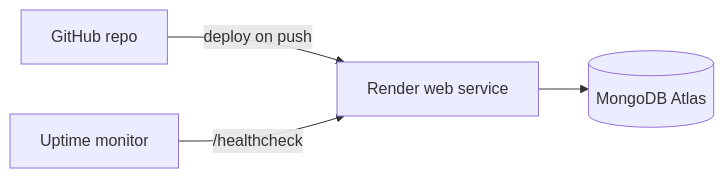
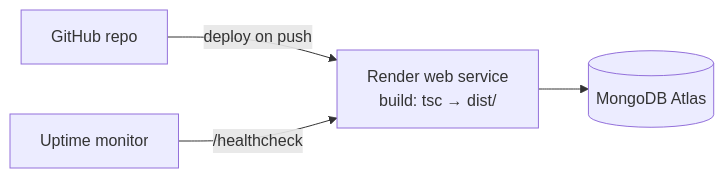
Before and after one commit to OmarKh006/bookStore: the fourth of 4 diagrams in README.md, drawn with Mermaid. The commit also changed other lines of this file and 88 other files, not shown here.

````diff
--- a/README.md
+++ b/README.md
@@ -696,6 +749,6 @@
 ```mermaid
 flowchart LR
-  G[GitHub repo] -->|deploy on push| R[Render web service]
+  G[GitHub repo] -->|deploy on push| R["Render web service<br/>build: tsc → dist/"]
   R --> A[(MongoDB Atlas)]
   U[Uptime monitor] -->|/healthcheck| R
 ```
````
